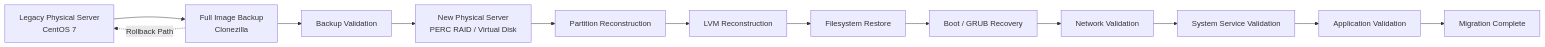
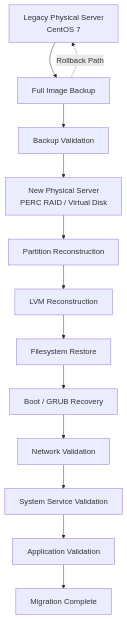
Before and after one commit to wenan1130/centos7-server-migration-case-study: the diagram in README.md, drawn with Mermaid. The commit also changed other lines of this file, not shown here.

Commit message:
Update README.md
Improve migration architecture diagram layout

````diff
--- a/README.md
+++ b/README.md
@@ -67,16 +69,29 @@
 ```mermaid
-flowchart LR
-    A[Legacy Physical Server<br/>CentOS 7] --> B[Full Image Backup<br/>Clonezilla]
-    B --> C[Backup Validation]
-    C --> D[New Physical Server<br/>PERC RAID / Virtual Disk]
-    D --> E[Partition Reconstruction]
-    E --> F[LVM Reconstruction]
-    F --> G[Filesystem Restore]
-    G --> H[Boot / GRUB Recovery]
-    H --> I[Network Validation]
-    I --> J[System Service Validation]
-    J --> K[Application Validation]
-    K --> L[Migration Complete]
+flowchart TD
+    A[Legacy Physical Server<br/>CentOS 7]
+    B[Full Image Backup]
+    C[Backup Validation]
+    D[New Physical Server<br/>PERC RAID / Virtual Disk]
+    E[Partition Reconstruction]
+    F[LVM Reconstruction]
+    G[Filesystem Restore]
+    H[Boot / GRUB Recovery]
+    I[Network Validation]
+    J[System Service Validation]
+    K[Application Validation]
+    L[Migration Complete]
+
+    A --> B
+    B --> C
+    C --> D
+    D --> E
+    E --> F
+    F --> G
+    G --> H
+    H --> I
+    I --> J
+    J --> K
+    K --> L
 
     B -. Rollback Path .-> A
 ```
````
